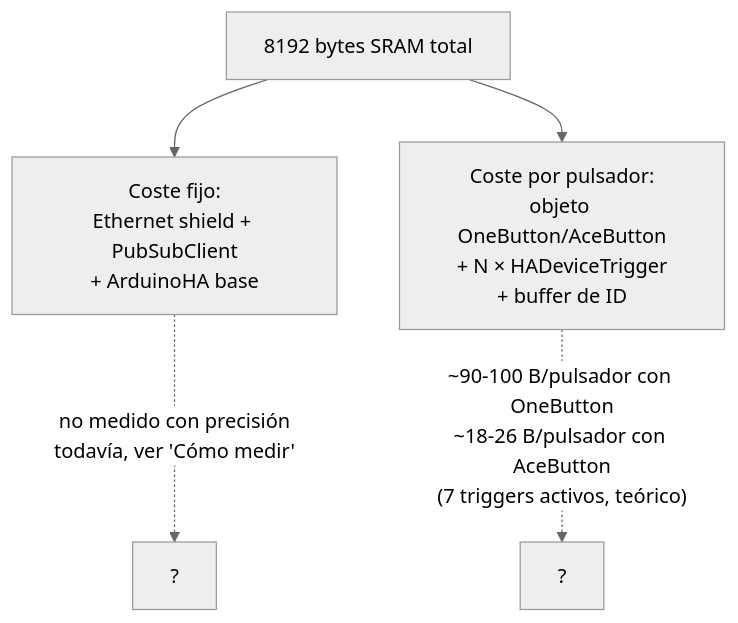
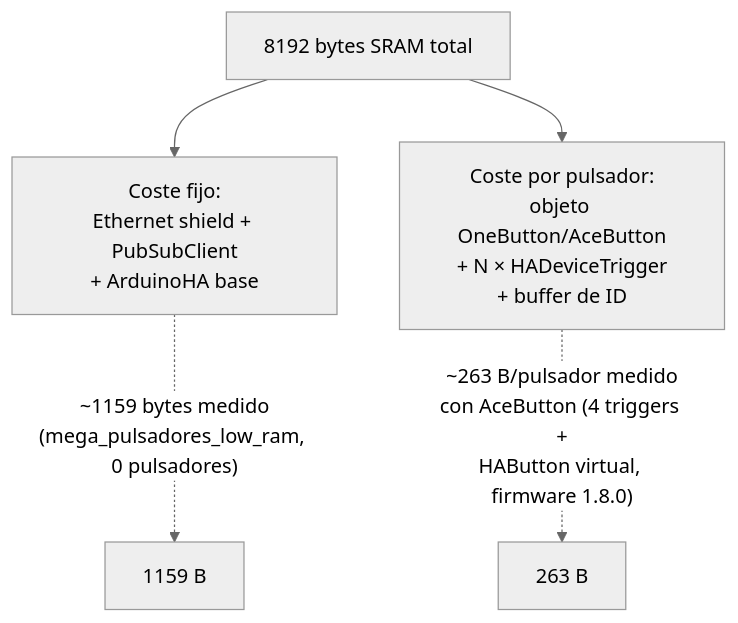
The first of 2 diagrams in docs/docs/reference/ram.md (GerardUmbert/arduino-mega-mqtt-ha), drawn with Mermaid (neutral theme) before and after one commit. The commit also changed other lines of this file and 7 other files, not shown here.

````diff
--- a/docs/docs/reference/ram.md
+++ b/docs/docs/reference/ram.md
@@ -35,16 +56,16 @@
 ```mermaid
 flowchart TD
     Total["8192 bytes SRAM total"] --> Fixed["`Coste fijo:
     Ethernet shield + PubSubClient
     + ArduinoHA base`"]
     Total --> PerButton["`Coste por pulsador:
     objeto OneButton/AceButton
     + N × HADeviceTrigger
     + buffer de ID`"]
 
-    Fixed -.->|"`no medido con precisión
-    todavía, ver 'Cómo medir'`"| Unknown1["?"]
-    PerButton -.->|"`~90-100 B/pulsador con OneButton
-    ~18-26 B/pulsador con AceButton
-    (7 triggers activos, teórico)`"| Unknown2["?"]
+    Fixed -.->|"`~1159 bytes medido
+    (mega_pulsadores_low_ram, 0 pulsadores)`"| Known1["1159 B"]
+    PerButton -.->|"`~263 B/pulsador medido
+    con AceButton (4 triggers +
+    HAButton virtual, firmware 1.8.0)`"| Known2["263 B"]
 ```
````
